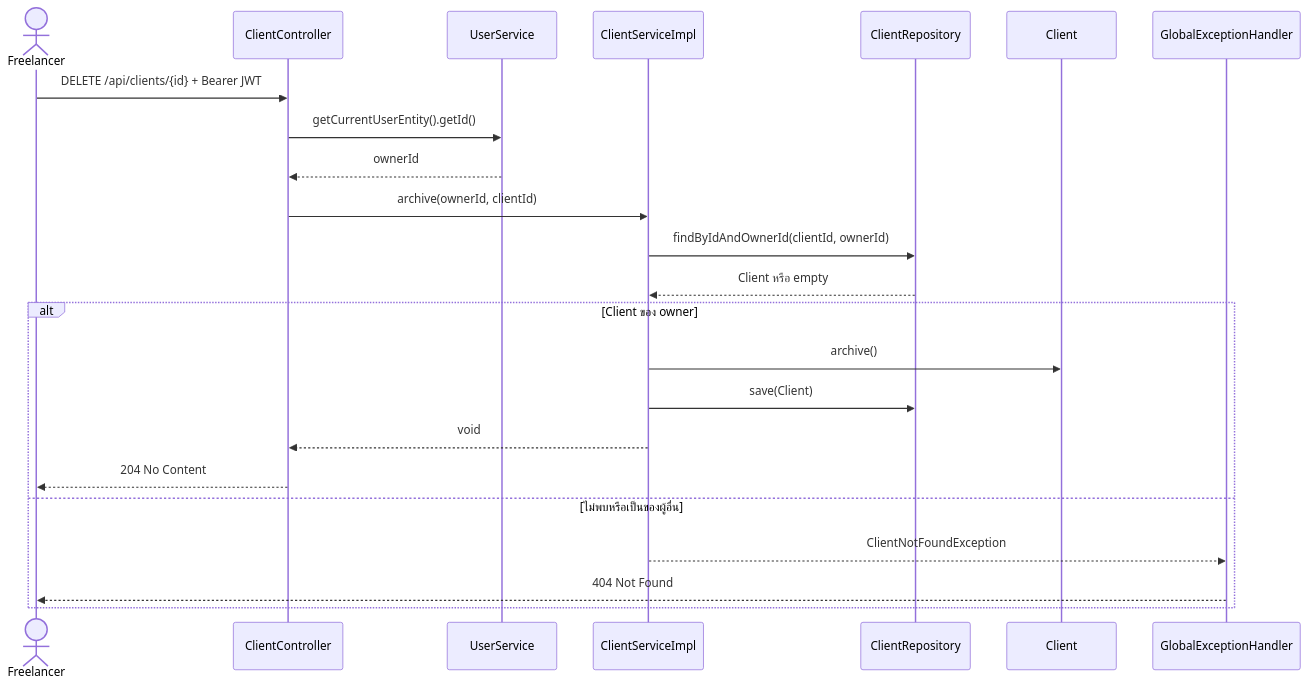
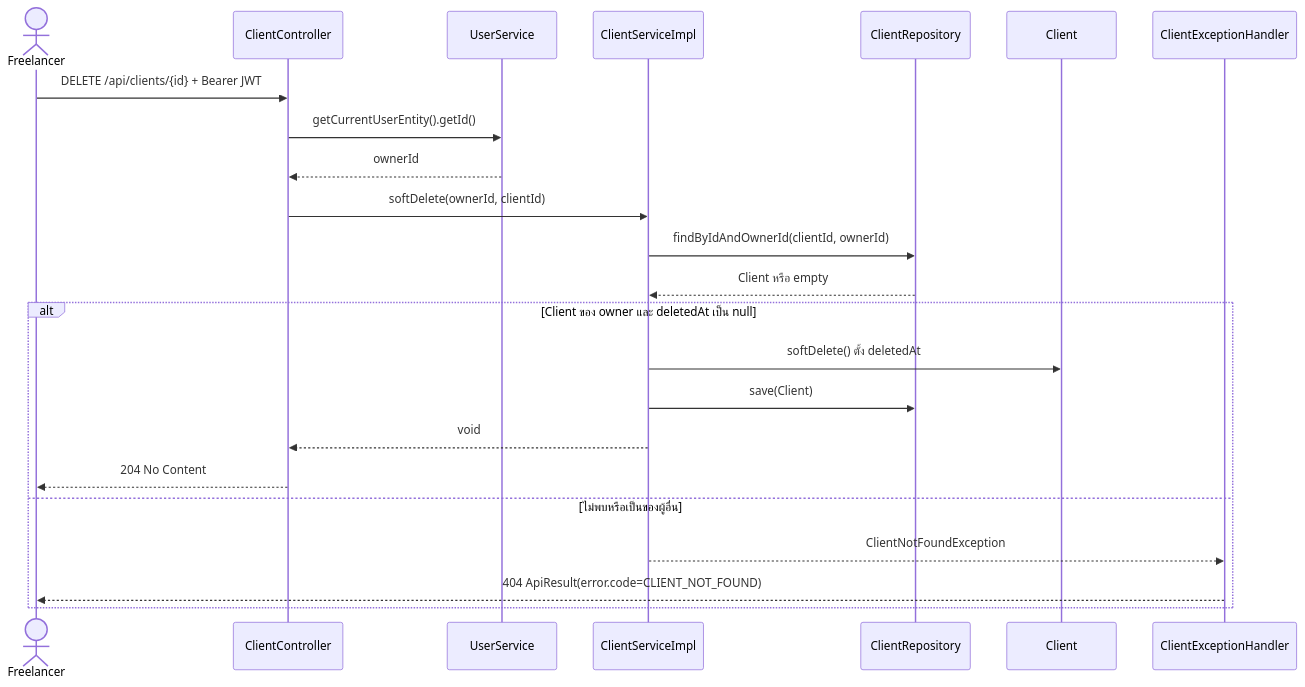
One commit to lillianxhub/freelance-hub changed the diagram in doc/V1/USECASE/thirawat-usecase.md. Above: the diagram before and after it, drawn with Mermaid. The commit also changed other lines of this file and 2 other files, not shown here.

Commit message:
docs(client): align design, SOLID, and use cases with current API

````diff
--- a/doc/V1/USECASE/thirawat-usecase.md
+++ b/doc/V1/USECASE/thirawat-usecase.md
@@ -74,26 +96,26 @@
 ```mermaid
 sequenceDiagram
     actor F as Freelancer
     participant C as ClientController
     participant U as UserService
     participant S as ClientServiceImpl
     participant R as ClientRepository
     participant E as Client
-    participant H as GlobalExceptionHandler
+    participant H as ClientExceptionHandler
 
     F->>C: DELETE /api/clients/{id} + Bearer JWT
     C->>U: getCurrentUserEntity().getId()
     U-->>C: ownerId
-    C->>S: archive(ownerId, clientId)
+    C->>S: softDelete(ownerId, clientId)
     S->>R: findByIdAndOwnerId(clientId, ownerId)
     R-->>S: Client หรือ empty
-    alt Client ของ owner
-        S->>E: archive()
+    alt Client ของ owner และ deletedAt เป็น null
+        S->>E: softDelete() ตั้ง deletedAt
         S->>R: save(Client)
         S-->>C: void
         C-->>F: 204 No Content
     else ไม่พบหรือเป็นของผู้อื่น
         S-->>H: ClientNotFoundException
-        H-->>F: 404 Not Found
+        H-->>F: 404 ApiResult(error.code=CLIENT_NOT_FOUND)
     end
 ```
````
